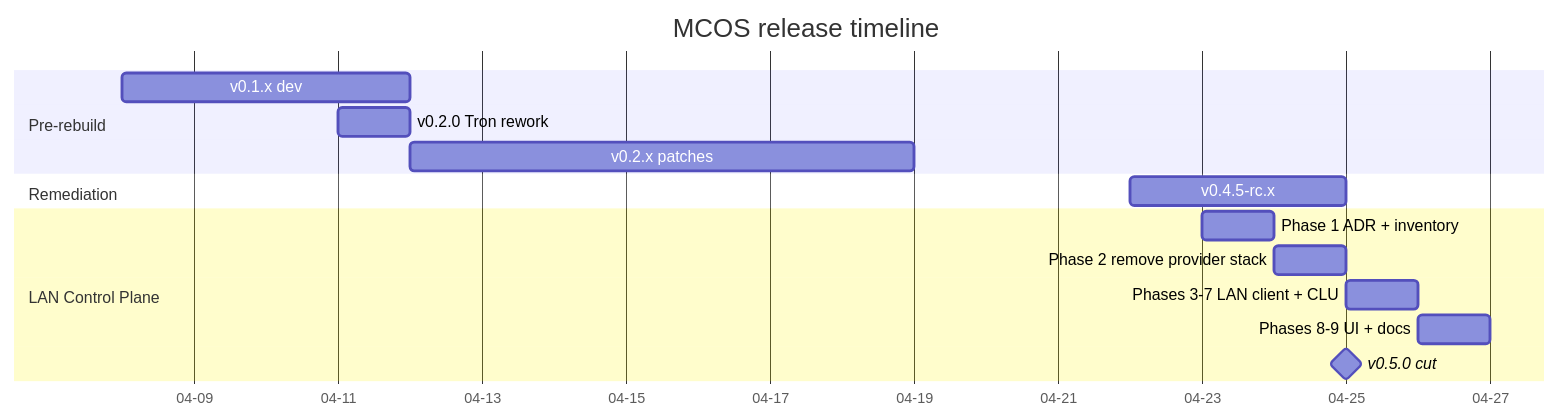
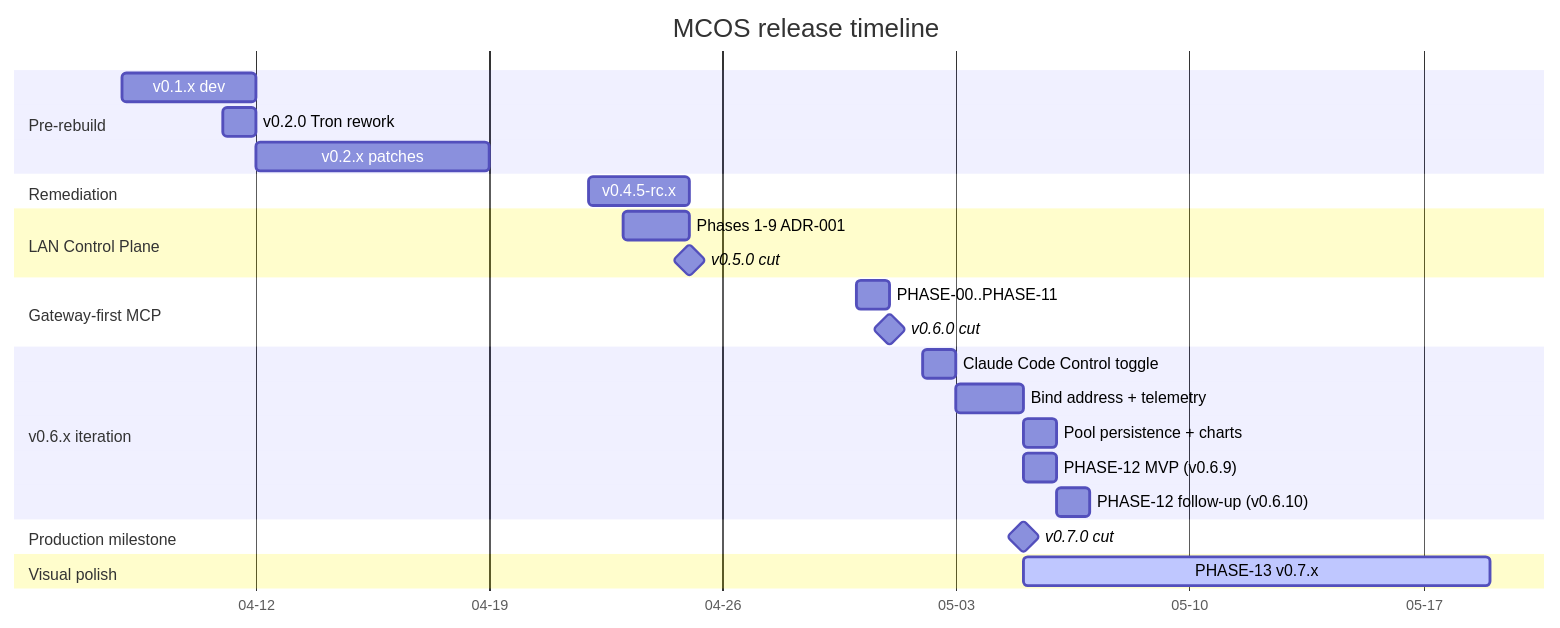
Before and after one commit to flynn33/Master-Control-Orchestration-Server: the fourth of 7 diagrams in docs/wiki/Versions.md, drawn with Mermaid. The commit also changed other lines of this file and 16 other files, not shown here.

````diff
--- a/docs/wiki/Versions.md
+++ b/docs/wiki/Versions.md
@@ -131,21 +157,35 @@
 ```mermaid
 gantt
     title MCOS release timeline
     dateFormat YYYY-MM-DD
     axisFormat %m-%d
 
     section Pre-rebuild
     v0.1.x dev          :a1, 2026-04-08, 4d
     v0.2.0 Tron rework  :a2, 2026-04-11, 1d
     v0.2.x patches      :a3, 2026-04-12, 7d
 
     section Remediation
     v0.4.5-rc.x         :b1, 2026-04-22, 3d
 
     section LAN Control Plane
-    Phase 1 ADR + inventory :c1, 2026-04-23, 1d
-    Phase 2 remove provider stack :c2, after c1, 1d
-    Phases 3-7 LAN client + CLU   :c3, after c2, 1d
-    Phases 8-9 UI + docs          :c4, after c3, 1d
-    v0.5.0 cut                    :milestone, m1, 2026-04-25, 0d
+    Phases 1-9 ADR-001          :c1, 2026-04-23, 2d
+    v0.5.0 cut                  :milestone, m1, 2026-04-25, 0d
+
+    section Gateway-first MCP
+    PHASE-00..PHASE-11          :d1, 2026-04-30, 1d
+    v0.6.0 cut                  :milestone, m2, 2026-05-01, 0d
+
+    section v0.6.x iteration
+    Claude Code Control toggle  :e1, 2026-05-02, 1d
+    Bind address + telemetry    :e2, 2026-05-03, 2d
+    Pool persistence + charts   :e3, 2026-05-05, 1d
+    PHASE-12 MVP (v0.6.9)       :e4, 2026-05-05, 1d
+    PHASE-12 follow-up (v0.6.10) :e5, after e4, 1d
+
+    section Production milestone
+    v0.7.0 cut                  :milestone, m3, 2026-05-05, 0d
+
+    section Visual polish
+    PHASE-13 v0.7.x             :active, p13, after m3, 14d
 ```
````
